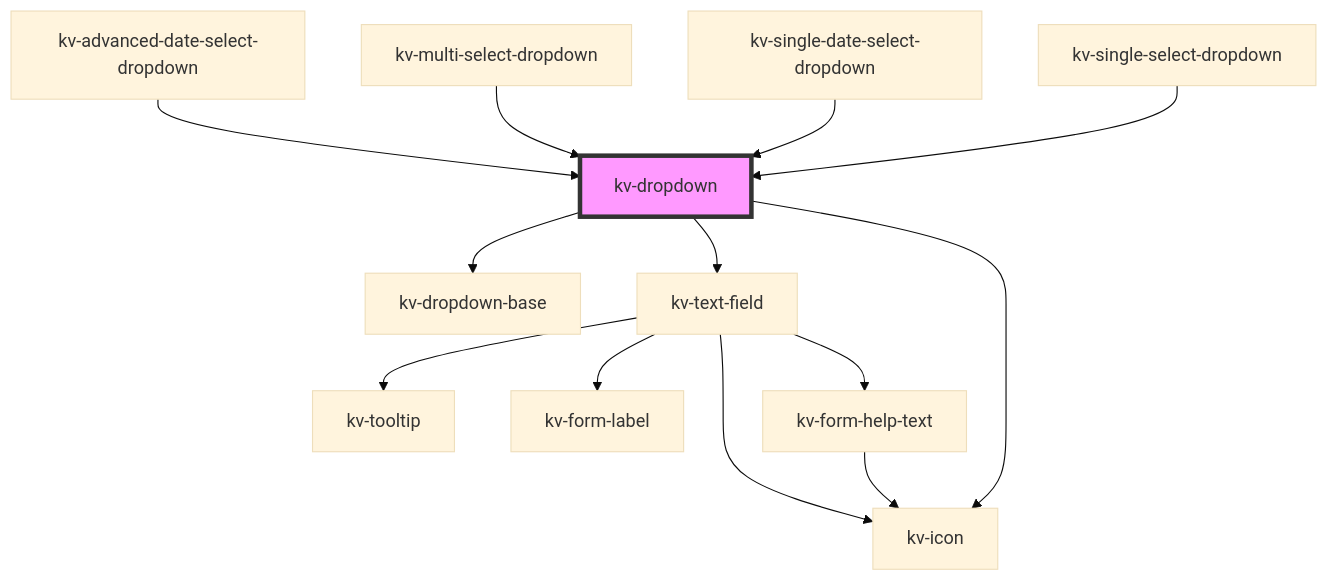
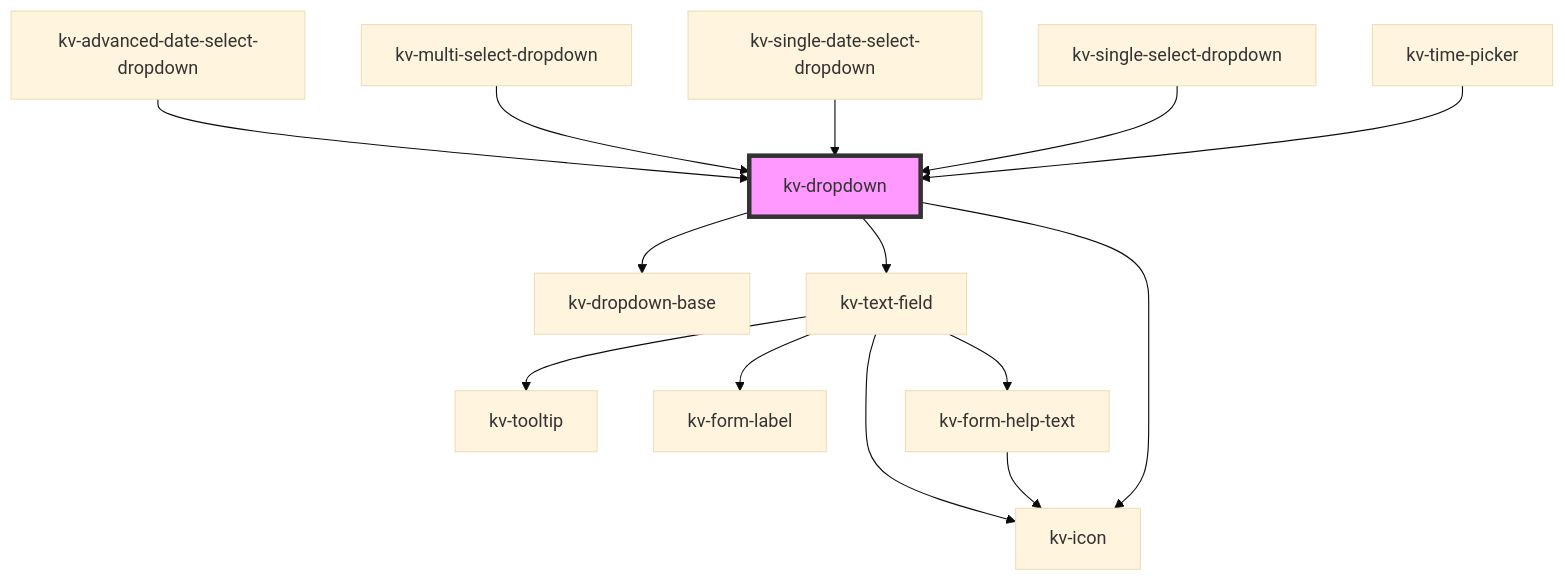
The diagram in packages/ui-components/src/components/dropdown/readme.md (kelvininc/ui-components), drawn with Mermaid (base theme) before and after one commit. The commit also changed other lines of this file and 46 other files, not shown here.

Commit message:
feat(time-range): add new time range picker component

````diff
--- a/packages/ui-components/src/components/dropdown/readme.md
+++ b/packages/ui-components/src/components/dropdown/readme.md
@@ -146,16 +147,17 @@
 ```mermaid
 graph TD;
   kv-dropdown --> kv-dropdown-base
   kv-dropdown --> kv-text-field
   kv-dropdown --> kv-icon
   kv-text-field --> kv-tooltip
   kv-text-field --> kv-form-label
   kv-text-field --> kv-icon
   kv-text-field --> kv-form-help-text
   kv-form-help-text --> kv-icon
   kv-advanced-date-select-dropdown --> kv-dropdown
   kv-multi-select-dropdown --> kv-dropdown
   kv-single-date-select-dropdown --> kv-dropdown
   kv-single-select-dropdown --> kv-dropdown
+  kv-time-picker --> kv-dropdown
   style kv-dropdown fill:#f9f,stroke:#333,stroke-width:4px
 ```
````
